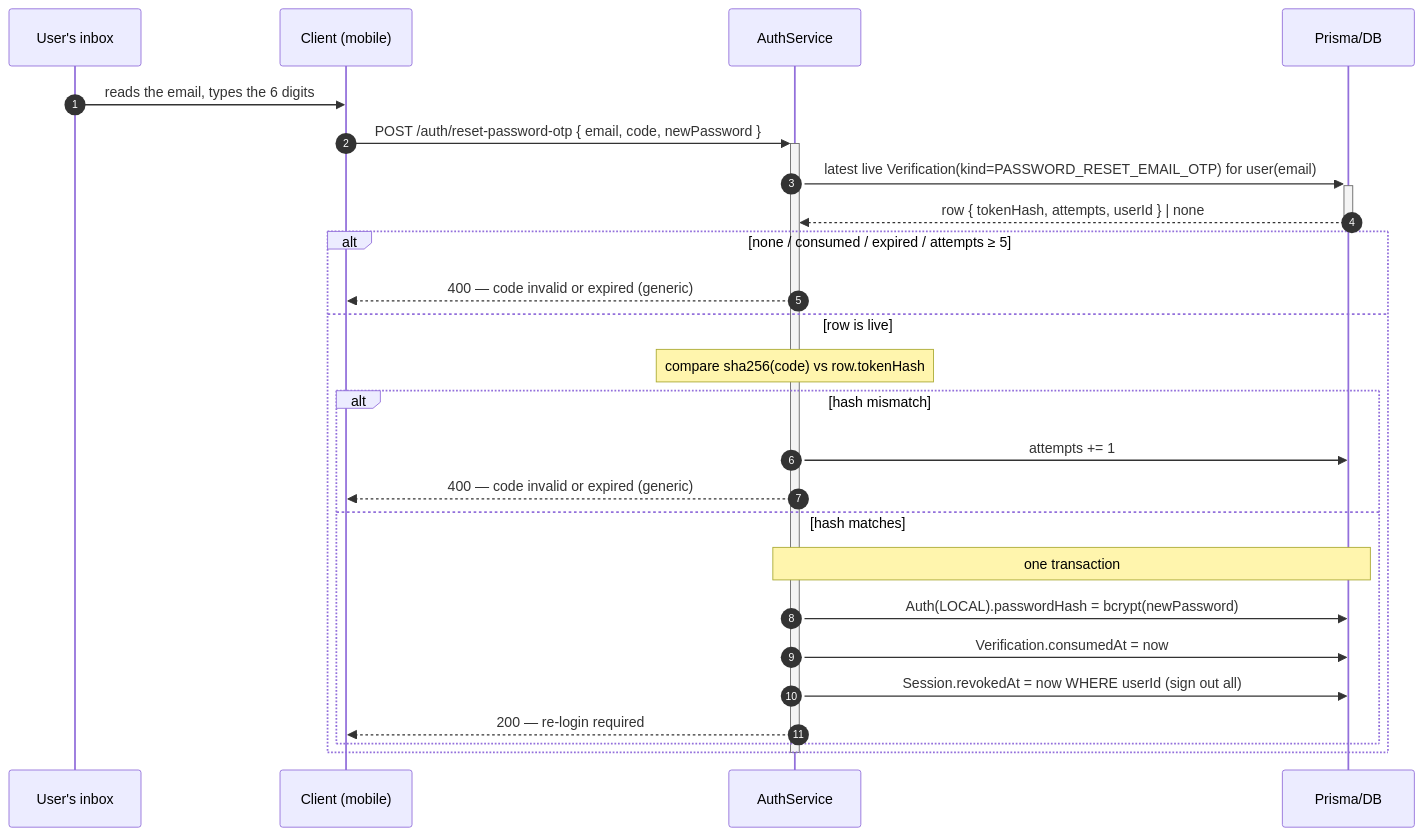
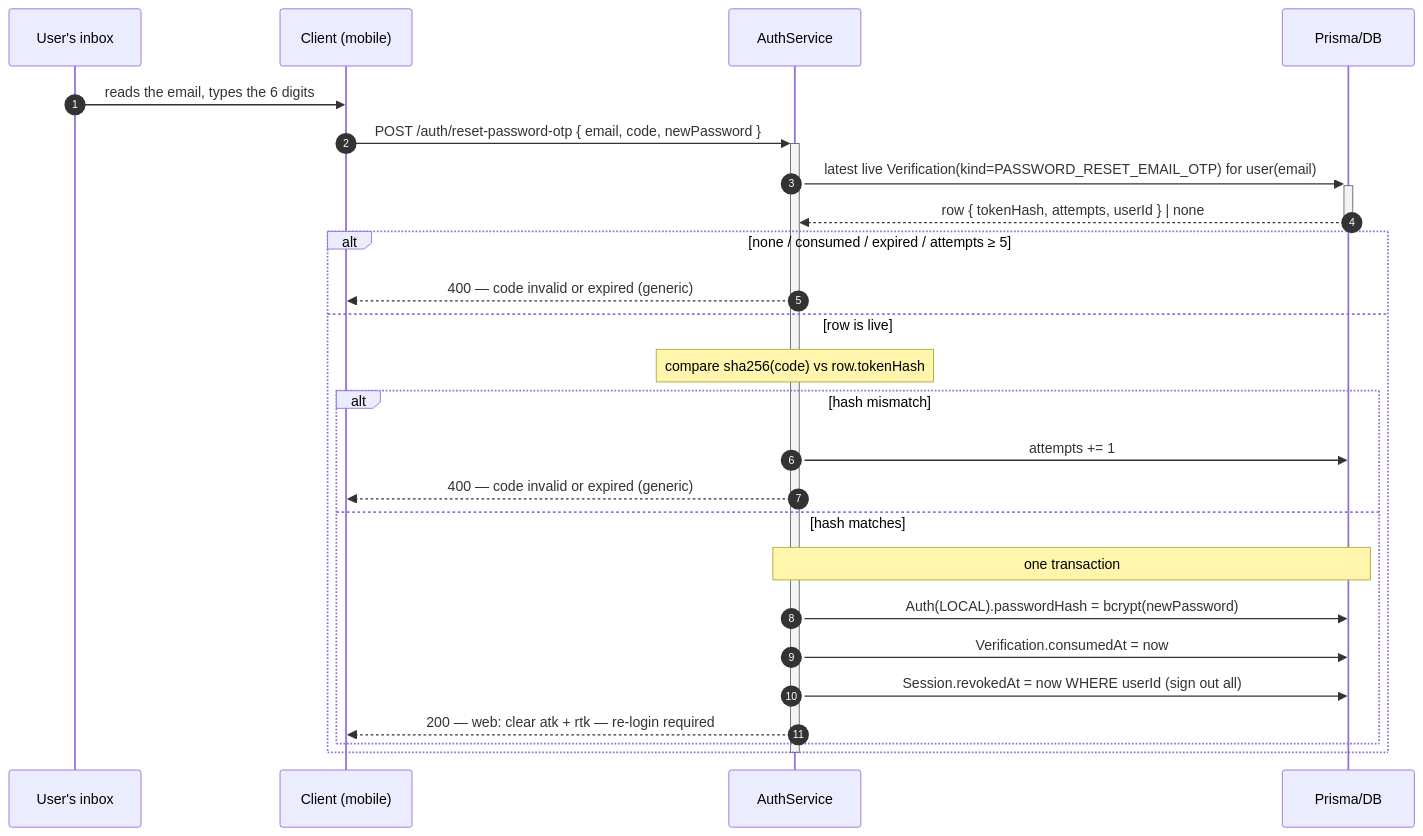
One commit to chuhaiphu/vinaup-platform changed the second of 2 diagrams in apps/api/docs/architecture/authen/PASSWORD-RESET-EMAIL-OTP.md. Above: the diagram before and after it, drawn with Mermaid. The commit also changed other lines of this file and 25 other files, not shown here.

````diff
--- a/apps/api/docs/architecture/authen/PASSWORD-RESET-EMAIL-OTP.md
+++ b/apps/api/docs/architecture/authen/PASSWORD-RESET-EMAIL-OTP.md
@@ -59,29 +59,29 @@
 ```mermaid
 sequenceDiagram
     autonumber
     participant U as User's inbox
     participant C as Client (mobile)
     participant Auth as AuthService
     participant DB as Prisma/DB
 
     U->>C: reads the email, types the 6 digits
     C->>+Auth: POST /auth/reset-password-otp { email, code, newPassword }
     Auth->>+DB: latest live Verification(kind=PASSWORD_RESET_EMAIL_OTP) for user(email)
     DB-->>-Auth: row { tokenHash, attempts, userId } | none
     alt none / consumed / expired / attempts ≥ 5
         Auth-->>C: 400 — code invalid or expired (generic)
     else row is live
         Note over Auth: compare sha256(code) vs row.tokenHash
         alt hash mismatch
             Auth->>DB: attempts += 1
             Auth-->>C: 400 — code invalid or expired (generic)
         else hash matches
             Note over Auth,DB: one transaction
             Auth->>DB: Auth(LOCAL).passwordHash = bcrypt(newPassword)
             Auth->>DB: Verification.consumedAt = now
             Auth->>DB: Session.revokedAt = now WHERE userId (sign out all)
-            Auth-->>C: 200 — re-login required
+            Auth-->>C: 200 — web: clear atk + rtk — re-login required
         end
     end
     deactivate Auth
 ```
````
